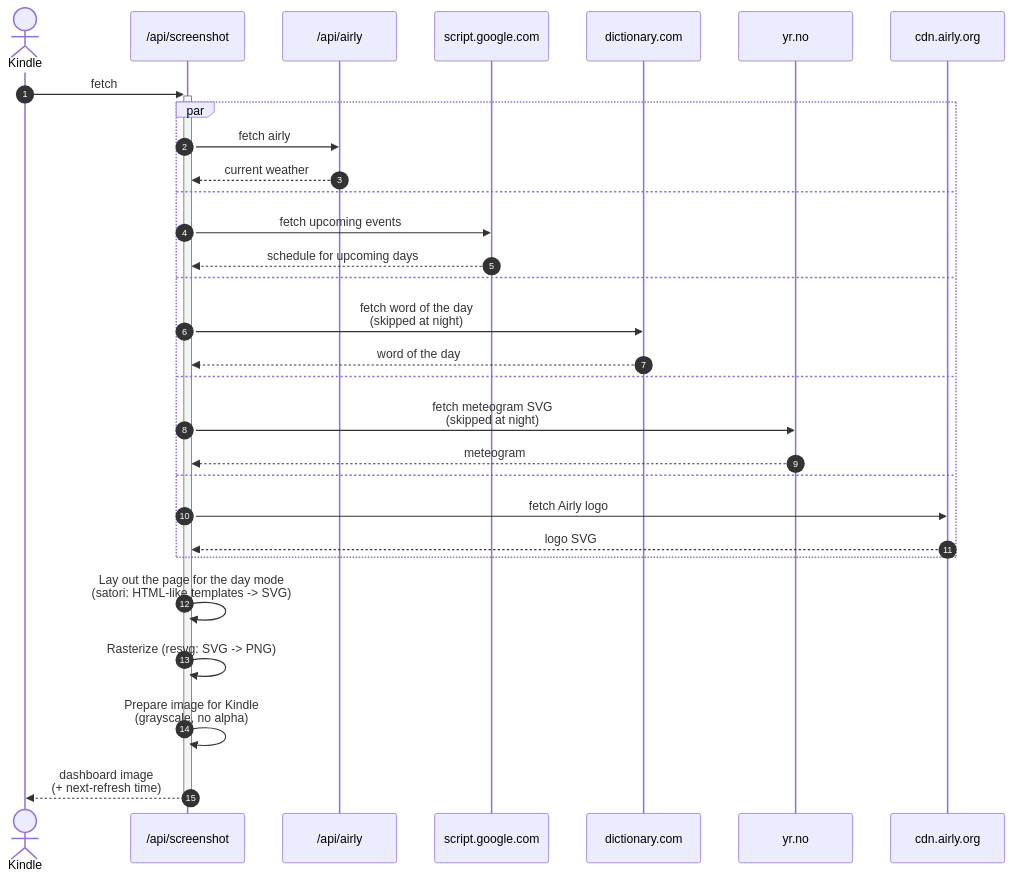
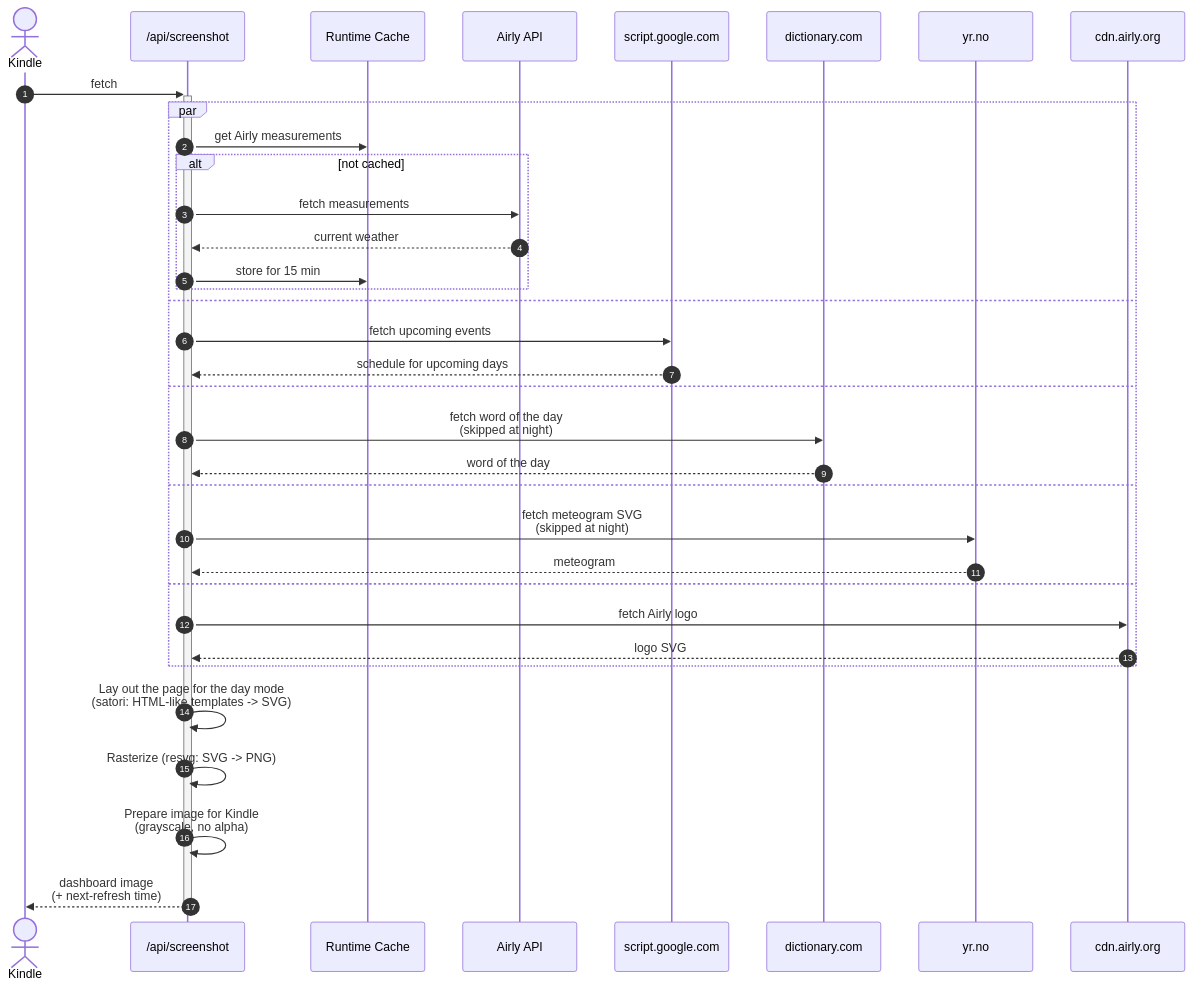
The diagram in README.md (bukowskiadam/kindle-page), drawn with Mermaid before and after one commit. The commit also changed 8 other files, not shown here.

First line of the commit message:
refactor: fetch Airly directly with Vercel Runtime Cache

````diff
--- a/README.md
+++ b/README.md
@@ -29,32 +29,37 @@
 ```mermaid
 sequenceDiagram
     autonumber
     actor kindle as Kindle
     participant screenshot as /api/screenshot
-    participant airly as /api/airly
+    participant cache as Runtime Cache
+    participant airly as Airly API
     participant calendar as script.google.com
     participant dictionary as dictionary.com
     participant yr as yr.no
     participant cdn as cdn.airly.org
     kindle ->>+ screenshot: fetch
     par
-        screenshot ->> airly: fetch airly
-        airly -->> screenshot: current weather
+        screenshot ->> cache: get Airly measurements
+        alt not cached
+            screenshot ->> airly: fetch measurements
+            airly -->> screenshot: current weather
+            screenshot ->> cache: store for 15 min
+        end
     and
         screenshot ->> calendar: fetch upcoming events
         calendar -->> screenshot: schedule for upcoming days
     and
         screenshot ->> dictionary: fetch word of the day<br>(skipped at night)
         dictionary -->> screenshot: word of the day
     and
         screenshot ->> yr: fetch meteogram SVG<br>(skipped at night)
         yr -->> screenshot: meteogram
     and
         screenshot ->> cdn: fetch Airly logo
         cdn -->> screenshot: logo SVG
     end
     screenshot ->> screenshot: Lay out the page for the day mode<br>(satori: HTML-like templates -> SVG)
     screenshot ->> screenshot: Rasterize (resvg: SVG -> PNG)
     screenshot ->> screenshot: Prepare image for Kindle<br>(grayscale, no alpha)
     screenshot -->>- kindle: dashboard image<br>(+ next-refresh time)
 ```
````
